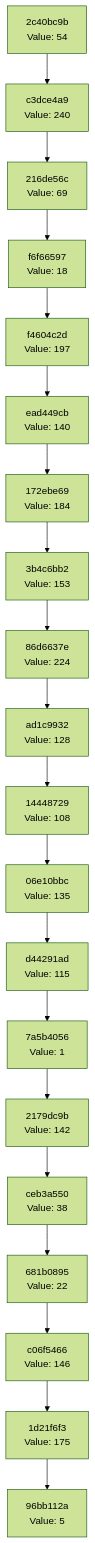
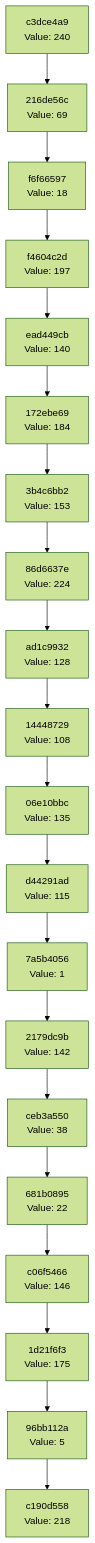
One commit to Abhisheksinha1506/hash-chain-evolver changed the diagram in docs/CHAIN_VISUALIZATION.md. Above: the diagram before and after it, drawn with Mermaid (forest theme). The commit also changed 3 other files, not shown here.

````diff
--- a/docs/CHAIN_VISUALIZATION.md
+++ b/docs/CHAIN_VISUALIZATION.md
@@ -3,42 +3,42 @@
 ```mermaid
 graph TD
-    C0["96bb112a<br/>Value: 5"]
-    C1["1d21f6f3<br/>Value: 175"]
+    C0["c190d558<br/>Value: 218"]
+    C1["96bb112a<br/>Value: 5"]
     C1 --> C0
-    C2["c06f5466<br/>Value: 146"]
+    C2["1d21f6f3<br/>Value: 175"]
     C2 --> C1
-    C3["681b0895<br/>Value: 22"]
+    C3["c06f5466<br/>Value: 146"]
     C3 --> C2
-    C4["ceb3a550<br/>Value: 38"]
+    C4["681b0895<br/>Value: 22"]
     C4 --> C3
-    C5["2179dc9b<br/>Value: 142"]
+    C5["ceb3a550<br/>Value: 38"]
     C5 --> C4
-    C6["7a5b4056<br/>Value: 1"]
+    C6["2179dc9b<br/>Value: 142"]
     C6 --> C5
-    C7["d44291ad<br/>Value: 115"]
+    C7["7a5b4056<br/>Value: 1"]
     C7 --> C6
-    C8["06e10bbc<br/>Value: 135"]
+    C8["d44291ad<br/>Value: 115"]
     C8 --> C7
-    C9["14448729<br/>Value: 108"]
+    C9["06e10bbc<br/>Value: 135"]
     C9 --> C8
-    C10["ad1c9932<br/>Value: 128"]
+    C10["14448729<br/>Value: 108"]
     C10 --> C9
-    C11["86d6637e<br/>Value: 224"]
+    C11["ad1c9932<br/>Value: 128"]
     C11 --> C10
-    C12["3b4c6bb2<br/>Value: 153"]
+    C12["86d6637e<br/>Value: 224"]
     C12 --> C11
-    C13["172ebe69<br/>Value: 184"]
+    C13["3b4c6bb2<br/>Value: 153"]
     C13 --> C12
-    C14["ead449cb<br/>Value: 140"]
+    C14["172ebe69<br/>Value: 184"]
     C14 --> C13
-    C15["f4604c2d<br/>Value: 197"]
+    C15["ead449cb<br/>Value: 140"]
     C15 --> C14
-    C16["f6f66597<br/>Value: 18"]
+    C16["f4604c2d<br/>Value: 197"]
     C16 --> C15
-    C17["216de56c<br/>Value: 69"]
+    C17["f6f66597<br/>Value: 18"]
     C17 --> C16
-    C18["c3dce4a9<br/>Value: 240"]
+    C18["216de56c<br/>Value: 69"]
     C18 --> C17
-    C19["2c40bc9b<br/>Value: 54"]
+    C19["c3dce4a9<br/>Value: 240"]
     C19 --> C18
 ```
````
